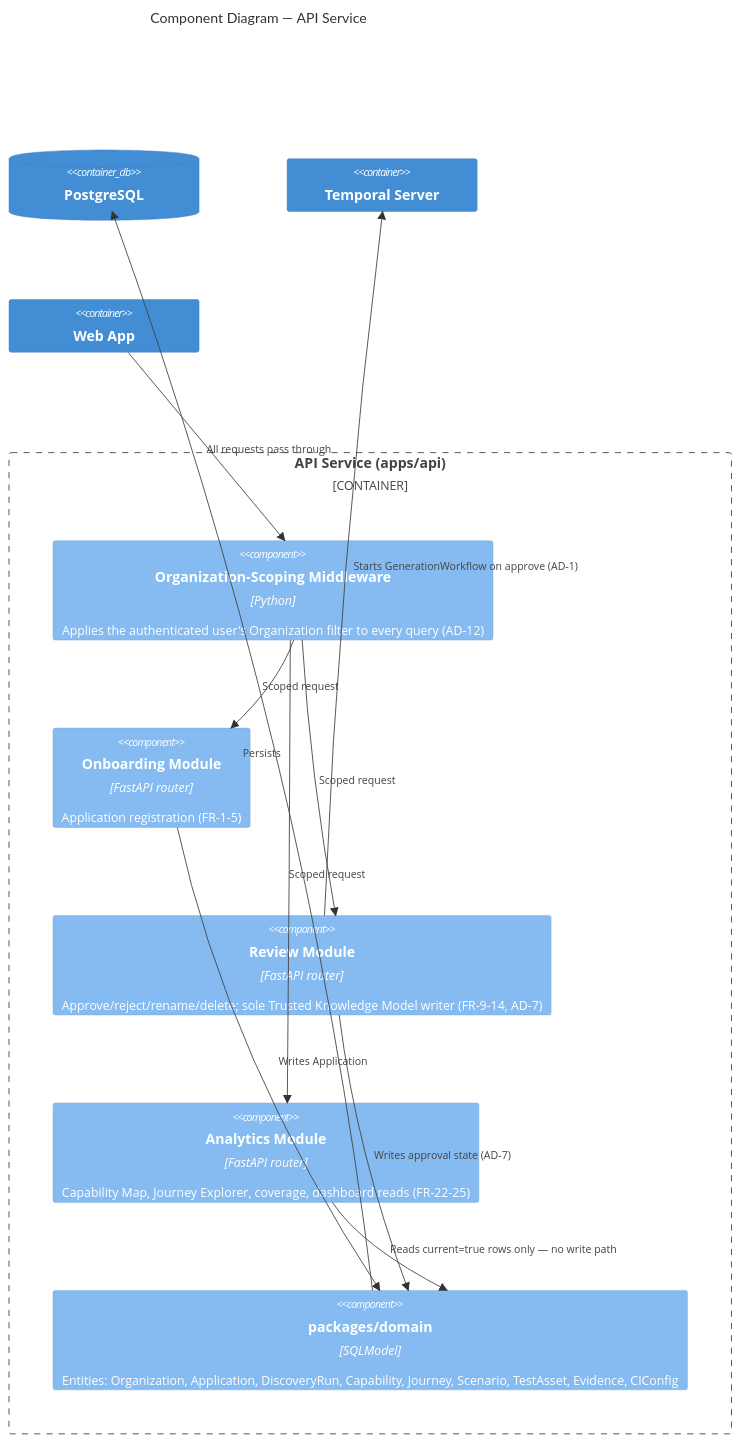
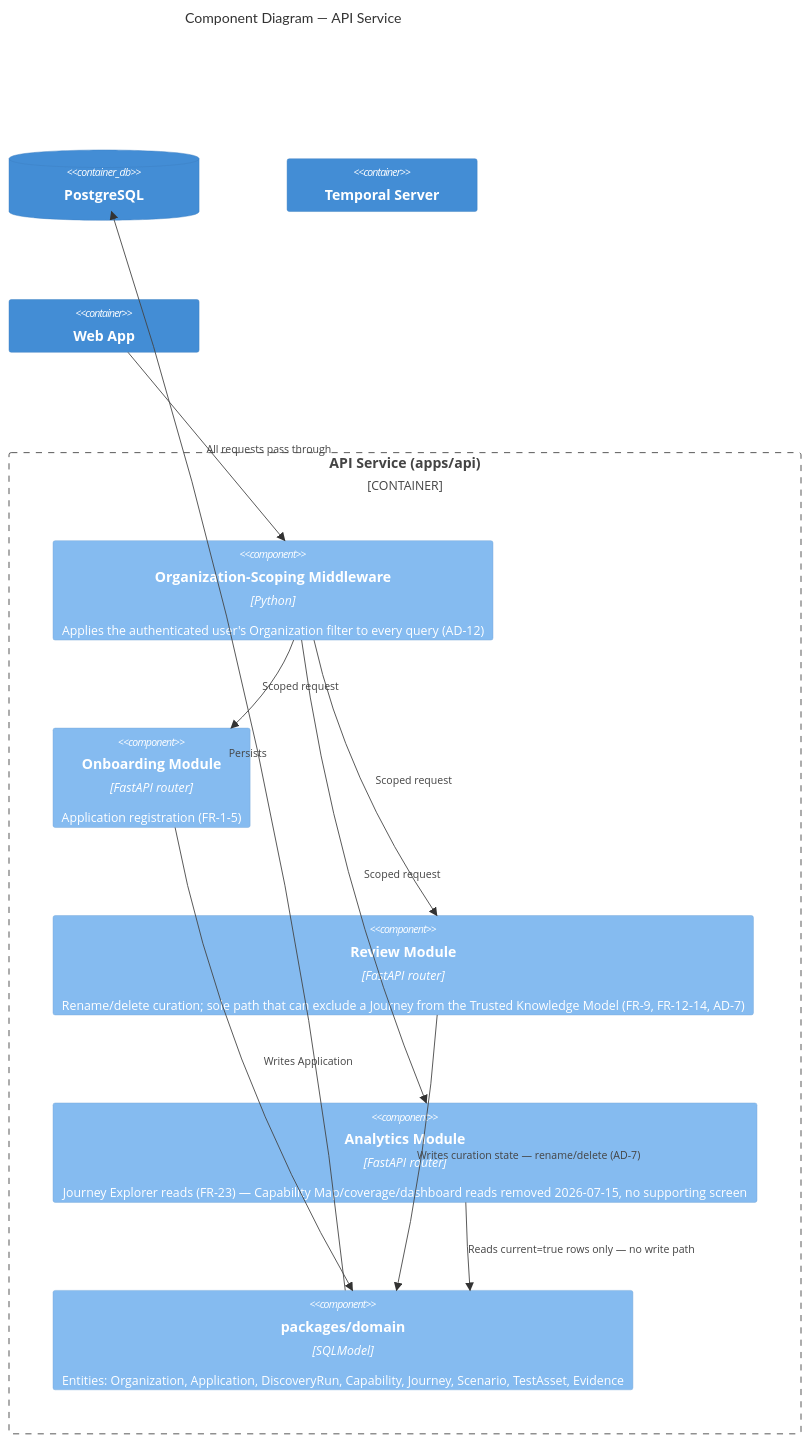
Before and after one commit to wm-ps/AITESTGEN: the fifth of 7 diagrams in _bmad-output/planning-artifacts/architecture/architecture-AITestGen-2026-07-13/ARCHITECTURE-SPINE.md, drawn with Mermaid. The commit also changed other lines of this file and 24 other files, not shown here.

````diff
--- a/_bmad-output/planning-artifacts/architecture/architecture-AITestGen-2026-07-13/ARCHITECTURE-SPINE.md
+++ b/_bmad-output/planning-artifacts/architecture/architecture-AITestGen-2026-07-13/ARCHITECTURE-SPINE.md
@@ -299,26 +288,25 @@
 ```mermaid
 C4Component
 title Component Diagram — API Service
 
 Container_Boundary(api, "API Service (apps/api)") {
   Component(tenantMw, "Organization-Scoping Middleware", "Python", "Applies the authenticated user's Organization filter to every query (AD-12)")
   Component(onboarding, "Onboarding Module", "FastAPI router", "Application registration (FR-1-5)")
-  Component(review, "Review Module", "FastAPI router", "Approve/reject/rename/delete; sole Trusted Knowledge Model writer (FR-9-14, AD-7)")
-  Component(analytics, "Analytics Module", "FastAPI router", "Capability Map, Journey Explorer, coverage, dashboard reads (FR-22-25)")
-  Component(domainPkg, "packages/domain", "SQLModel", "Entities: Organization, Application, DiscoveryRun, Capability, Journey, Scenario, TestAsset, Evidence, CIConfig")
+  Component(review, "Review Module", "FastAPI router", "Rename/delete curation; sole path that can exclude a Journey from the Trusted Knowledge Model (FR-9, FR-12-14, AD-7)")
+  Component(analytics, "Analytics Module", "FastAPI router", "Journey Explorer reads (FR-23) — Capability Map/coverage/dashboard reads removed 2026-07-15, no supporting screen")
+  Component(domainPkg, "packages/domain", "SQLModel", "Entities: Organization, Application, DiscoveryRun, Capability, Journey, Scenario, TestAsset, Evidence")
 }
 
 ContainerDb(db, "PostgreSQL")
 Container(temporal, "Temporal Server")
 Container(spa, "Web App")
 
 Rel(spa, tenantMw, "All requests pass through")
 Rel(tenantMw, onboarding, "Scoped request")
 Rel(tenantMw, review, "Scoped request")
 Rel(tenantMw, analytics, "Scoped request")
 Rel(onboarding, domainPkg, "Writes Application")
-Rel(review, domainPkg, "Writes approval state (AD-7)")
-Rel(review, temporal, "Starts GenerationWorkflow on approve (AD-1)")
+Rel(review, domainPkg, "Writes curation state — rename/delete (AD-7)")
 Rel(analytics, domainPkg, "Reads current=true rows only — no write path")
 Rel(domainPkg, db, "Persists")
 ```
````
